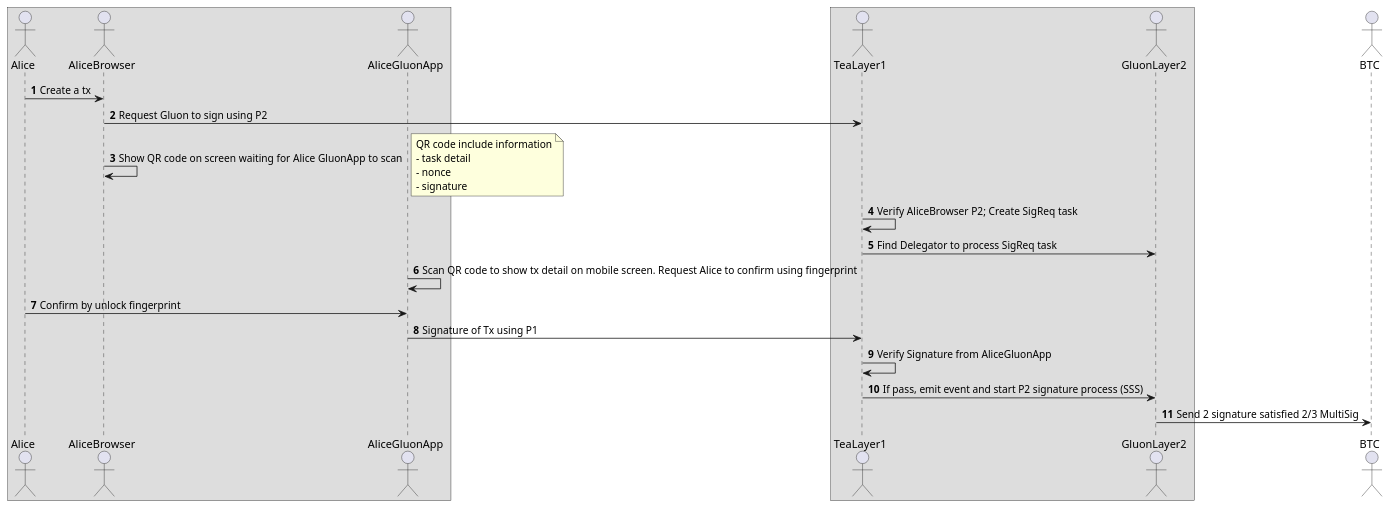
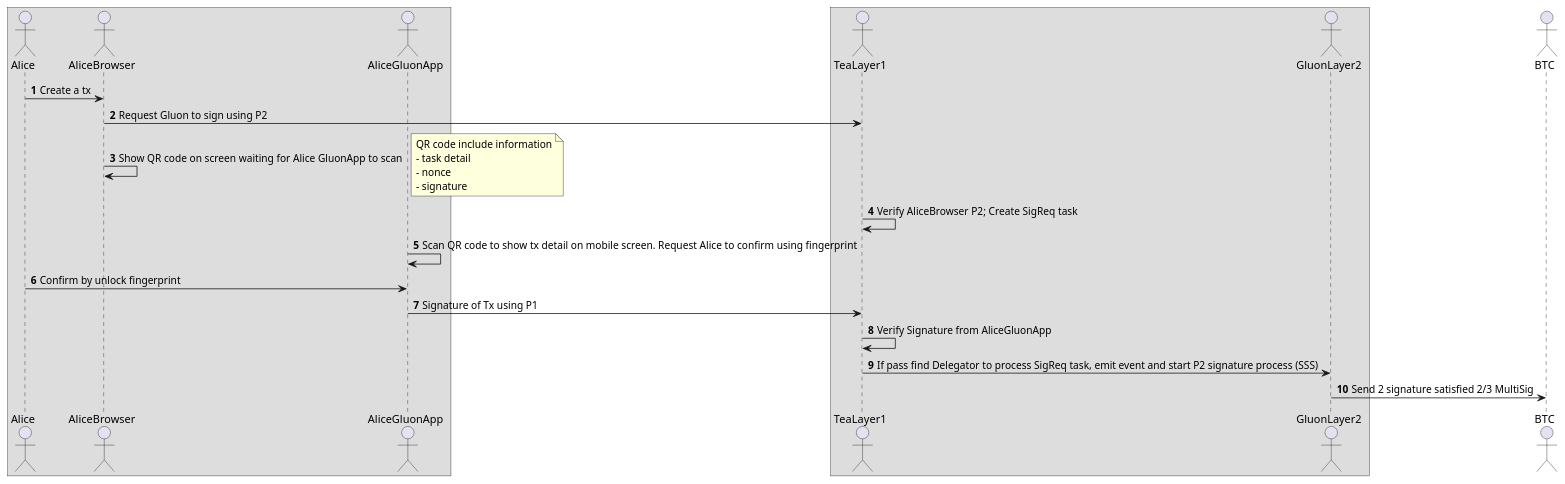
Before and after one commit to tearust/gluon-docs: the third of 4 diagrams in Design/Key_management_design.md, drawn with PlantUML.

````diff
--- a/Design/Key_management_design.md
+++ b/Design/Key_management_design.md
@@ -204,35 +204,34 @@
 ```puml
 @startuml
 autonumber
 box
 actor Alice
 actor AliceBrowser
 actor AliceGluonApp
 endbox
 box
 actor TeaLayer1
 actor GluonLayer2
 endbox
 
 actor BTC
 
 Alice -> AliceBrowser: Create a tx
 AliceBrowser -> TeaLayer1: Request Gluon to sign using P2
 AliceBrowser -> AliceBrowser: Show QR code on screen waiting for Alice GluonApp to scan
 note right
 QR code include information
 - task detail
 - nonce
 - signature
 end note
 
 TeaLayer1 -> TeaLayer1: Verify AliceBrowser P2; Create SigReq task
-TeaLayer1->GluonLayer2: Find Delegator to process SigReq task
 AliceGluonApp -> AliceGluonApp: Scan QR code to show tx detail on mobile screen. Request Alice to confirm using fingerprint
 Alice -> AliceGluonApp: Confirm by unlock fingerprint
 AliceGluonApp -> TeaLayer1: Signature of Tx using P1
 TeaLayer1 -> TeaLayer1: Verify Signature from AliceGluonApp
-TeaLayer1 -> GluonLayer2: If pass, emit event and start P2 signature process (SSS) 
+TeaLayer1 -> GluonLayer2: If pass find Delegator to process SigReq task, emit event and start P2 signature process (SSS) 
 GluonLayer2 -> BTC: Send 2 signature satisfied 2/3 MultiSig
 @enduml
 ```
````
